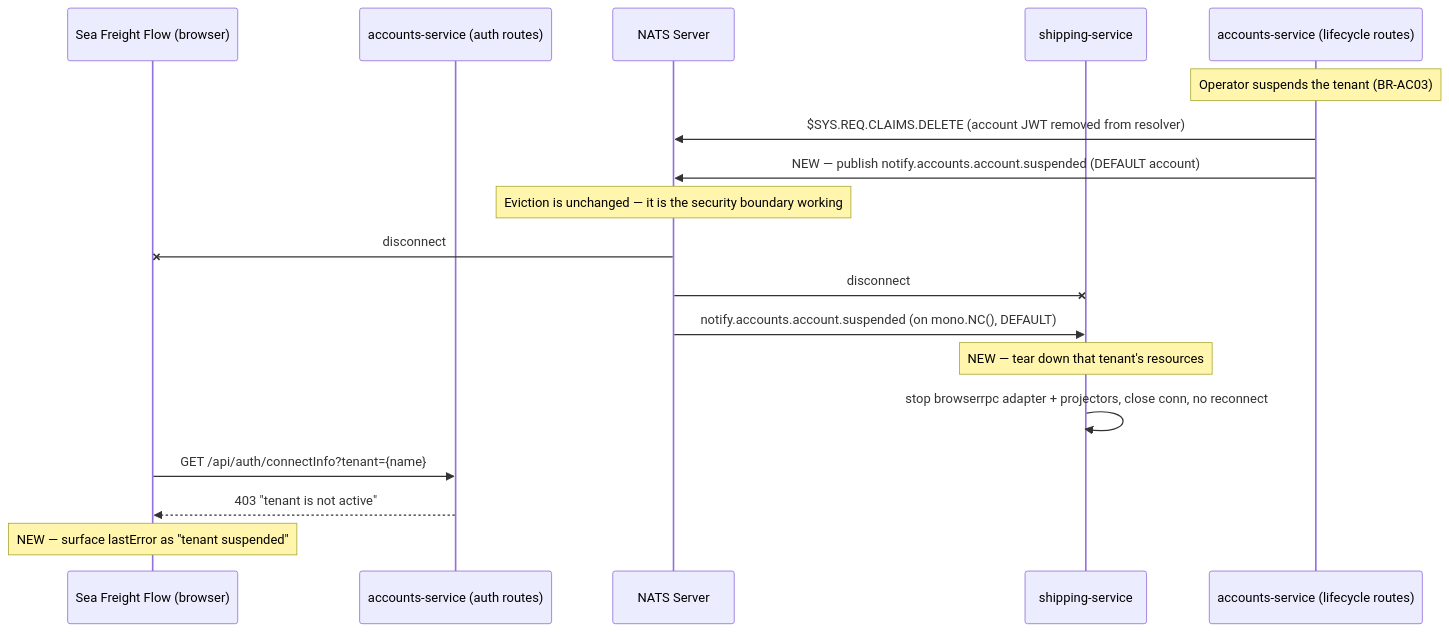
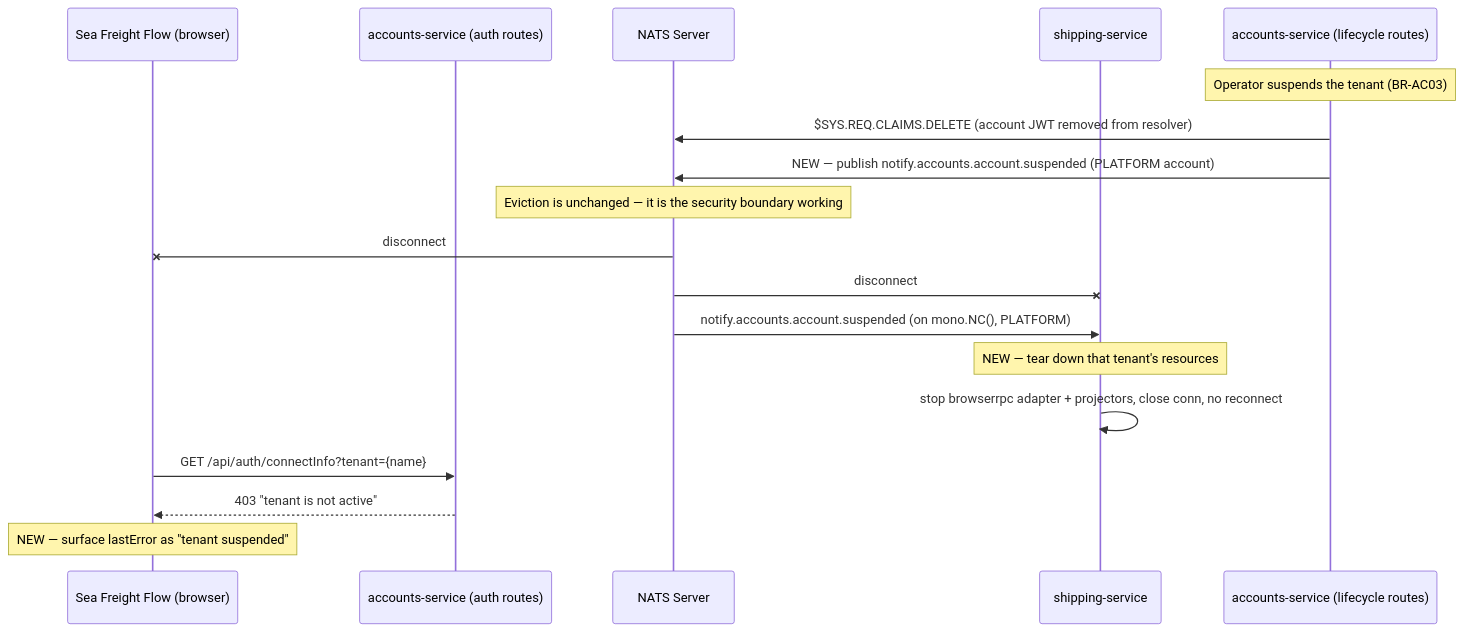
One commit to jthomas78/nats-tech-lab changed the fourth of 14 diagrams in obsidian/V3-Platform/Architecture/Dictionary-POC/ARCHITECTURE-ACCOUNTS.md. Above: the diagram before and after it, drawn with Mermaid. The commit also changed other lines of this file and 59 other files, not shown here.

First line of the commit message:
refactor(nats): replace default account with platform account

````diff
--- a/obsidian/V3-Platform/Architecture/Dictionary-POC/ARCHITECTURE-ACCOUNTS.md
+++ b/obsidian/V3-Platform/Architecture/Dictionary-POC/ARCHITECTURE-ACCOUNTS.md
@@ -227,24 +251,24 @@
 ```mermaid
 sequenceDiagram
     participant Browser as Sea Freight Flow (browser)
     participant Auth as accounts-service (auth routes)
     participant NATS as NATS Server
     participant Shipping as shipping-service
     participant Accounts as accounts-service (lifecycle routes)
 
     Note over Accounts: Operator suspends the tenant (BR-AC03)
     Accounts->>NATS: $SYS.REQ.CLAIMS.DELETE (account JWT removed from resolver)
-    Accounts->>NATS: NEW — publish notify.accounts.account.suspended (DEFAULT account)
+    Accounts->>NATS: NEW — publish notify.accounts.account.suspended (PLATFORM account)
 
     Note over NATS: Eviction is unchanged — it is the security boundary working
     NATS-xBrowser: disconnect
     NATS-xShipping: disconnect
 
-    NATS->>Shipping: notify.accounts.account.suspended (on mono.NC(), DEFAULT)
+    NATS->>Shipping: notify.accounts.account.suspended (on mono.NC(), PLATFORM)
     Note over Shipping: NEW — tear down that tenant's resources
     Shipping->>Shipping: stop browserrpc adapter + projectors, close conn, no reconnect
 
     Browser->>Auth: GET /api/auth/connectInfo?tenant={name}
     Auth-->>Browser: 403 "tenant is not active"
     Note over Browser: NEW — surface lastError as "tenant suspended"
 ```
````
